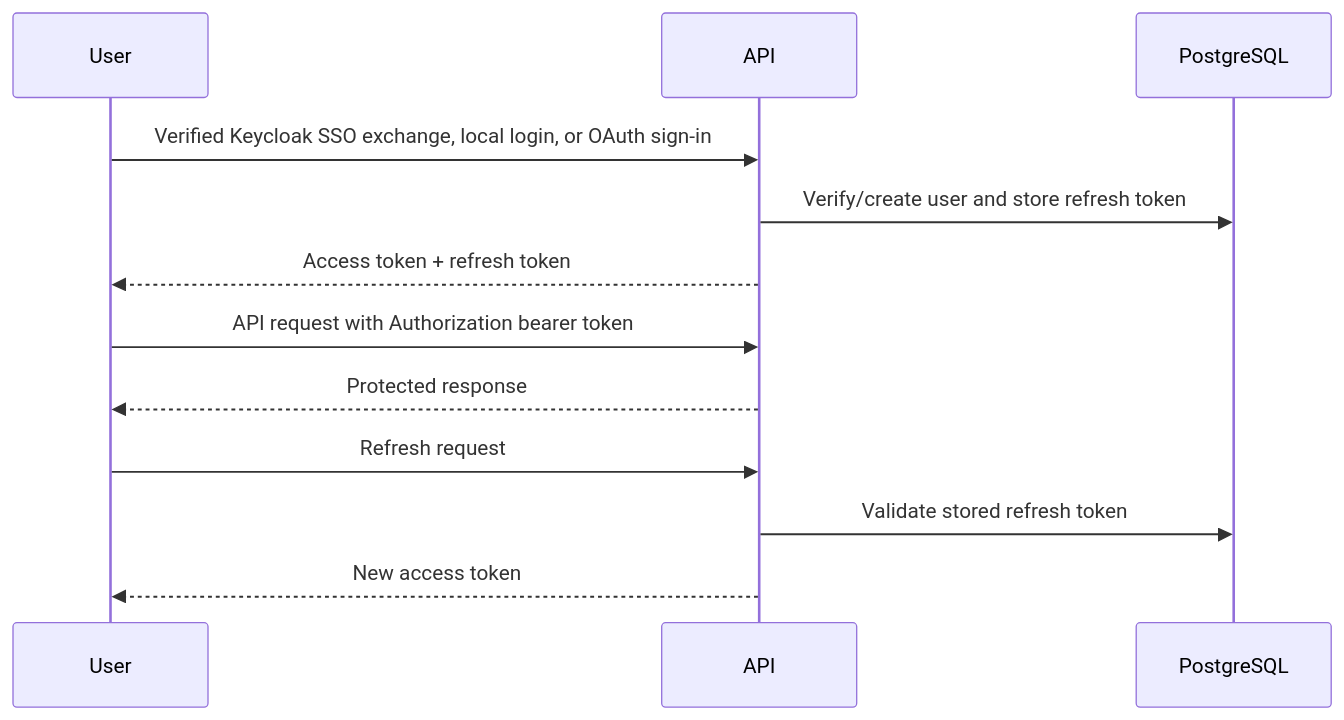
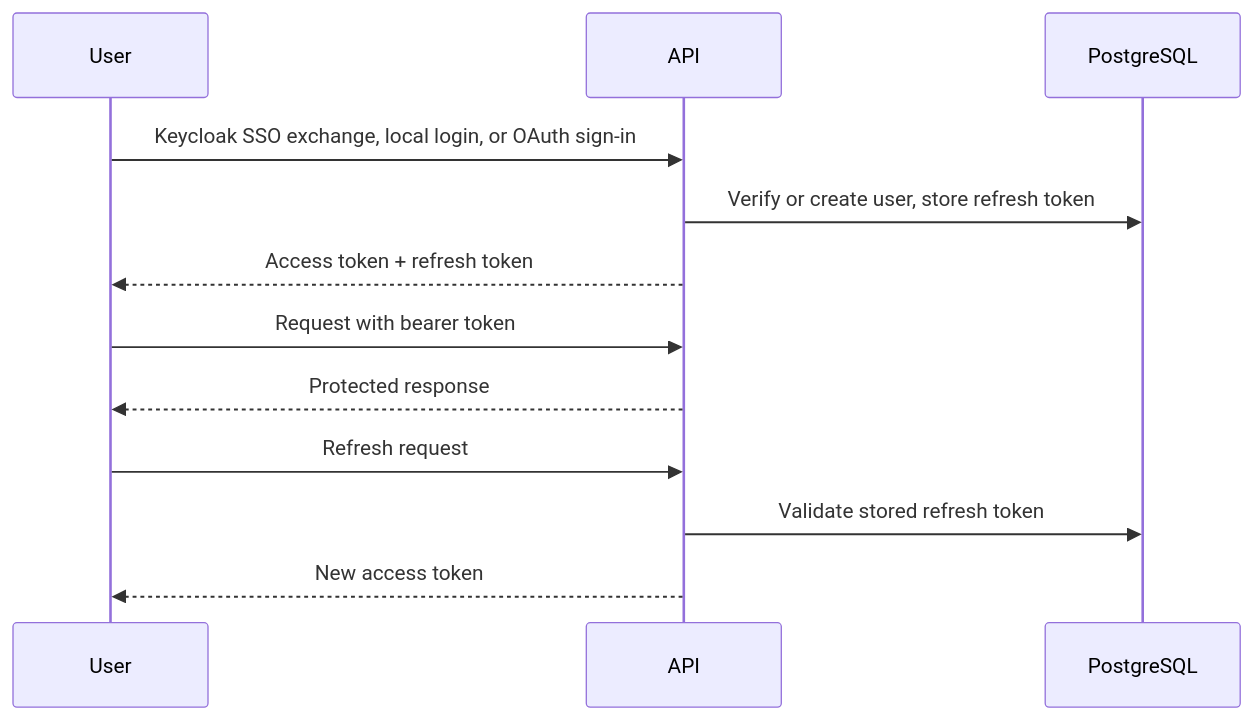
One commit to chefzaid/thoughty changed the diagram in docs/security.md. Above: the diagram before and after it, drawn with Mermaid. The commit also changed other lines of this file and 13 other files, not shown here.

````diff
--- a/docs/security.md
+++ b/docs/security.md
@@ -31,15 +22,15 @@
 ```mermaid
 sequenceDiagram
     participant User
     participant API
     participant DB as PostgreSQL
 
-    User->>API: Verified Keycloak SSO exchange, local login, or OAuth sign-in
-    API->>DB: Verify/create user and store refresh token
+    User->>API: Keycloak SSO exchange, local login, or OAuth sign-in
+    API->>DB: Verify or create user, store refresh token
     API-->>User: Access token + refresh token
-    User->>API: API request with Authorization bearer token
+    User->>API: Request with bearer token
     API-->>User: Protected response
     User->>API: Refresh request
     API->>DB: Validate stored refresh token
     API-->>User: New access token
 ```
````
